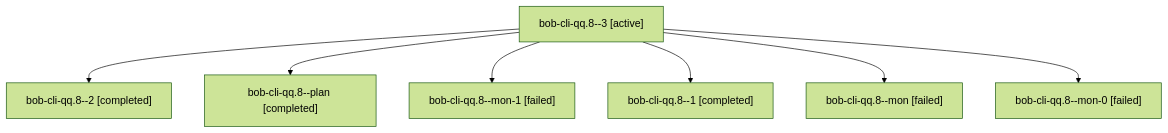
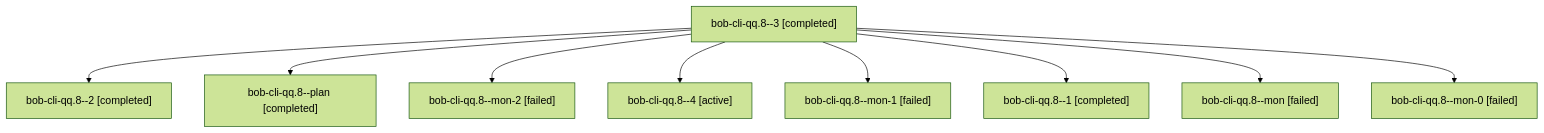
One commit to bobs-org/bob-cli--agents changed the diagram in sessions/bbugyi200.apollo.bob-cli-qq.8.md. Above: the diagram before and after it, drawn with Mermaid (forest theme). The commit also changed other lines of this file and 54 other files, not shown here.

````diff
--- a/sessions/bbugyi200.apollo.bob-cli-qq.8.md
+++ b/sessions/bbugyi200.apollo.bob-cli-qq.8.md
@@ -9,16 +9,20 @@
 ```mermaid
 flowchart TD
-  n0["bob-cli-qq.8--3 [active]"]
+  n0["bob-cli-qq.8--3 [completed]"]
   n1["bob-cli-qq.8--2 [completed]"]
   n0 --> n1
   n2["bob-cli-qq.8--plan [completed]"]
   n0 --> n2
-  n3["bob-cli-qq.8--mon-1 [failed]"]
+  n3["bob-cli-qq.8--mon-2 [failed]"]
   n0 --> n3
-  n4["bob-cli-qq.8--1 [completed]"]
+  n4["bob-cli-qq.8--4 [active]"]
   n0 --> n4
-  n5["bob-cli-qq.8--mon [failed]"]
+  n5["bob-cli-qq.8--mon-1 [failed]"]
   n0 --> n5
-  n6["bob-cli-qq.8--mon-0 [failed]"]
+  n6["bob-cli-qq.8--1 [completed]"]
   n0 --> n6
+  n7["bob-cli-qq.8--mon [failed]"]
+  n0 --> n7
+  n8["bob-cli-qq.8--mon-0 [failed]"]
+  n0 --> n8
 ```
````
